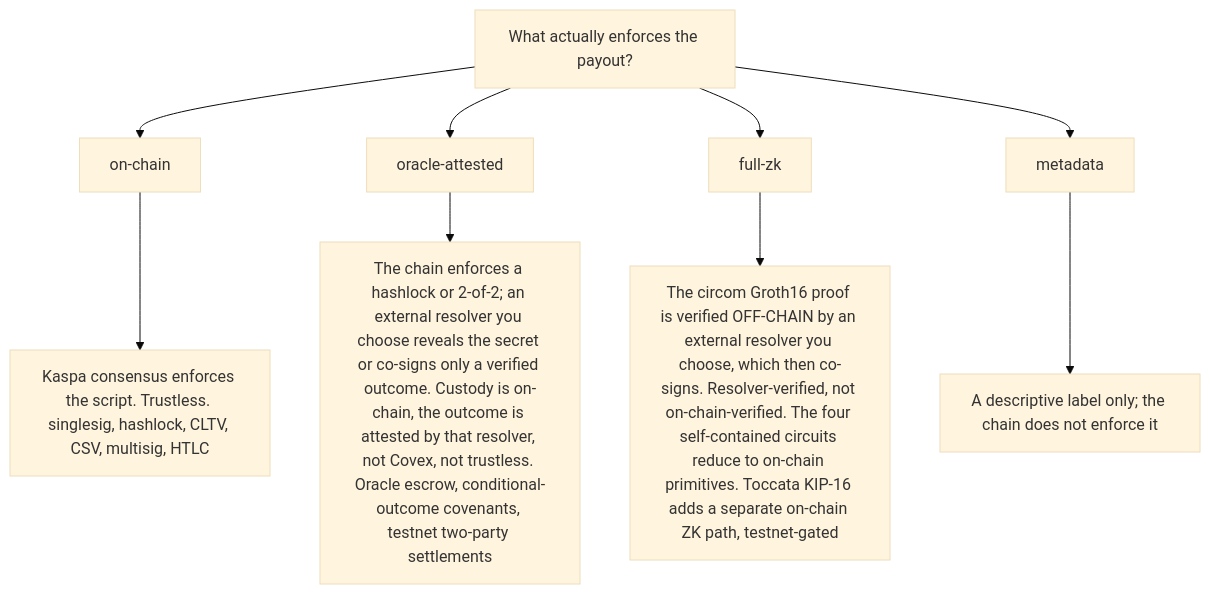
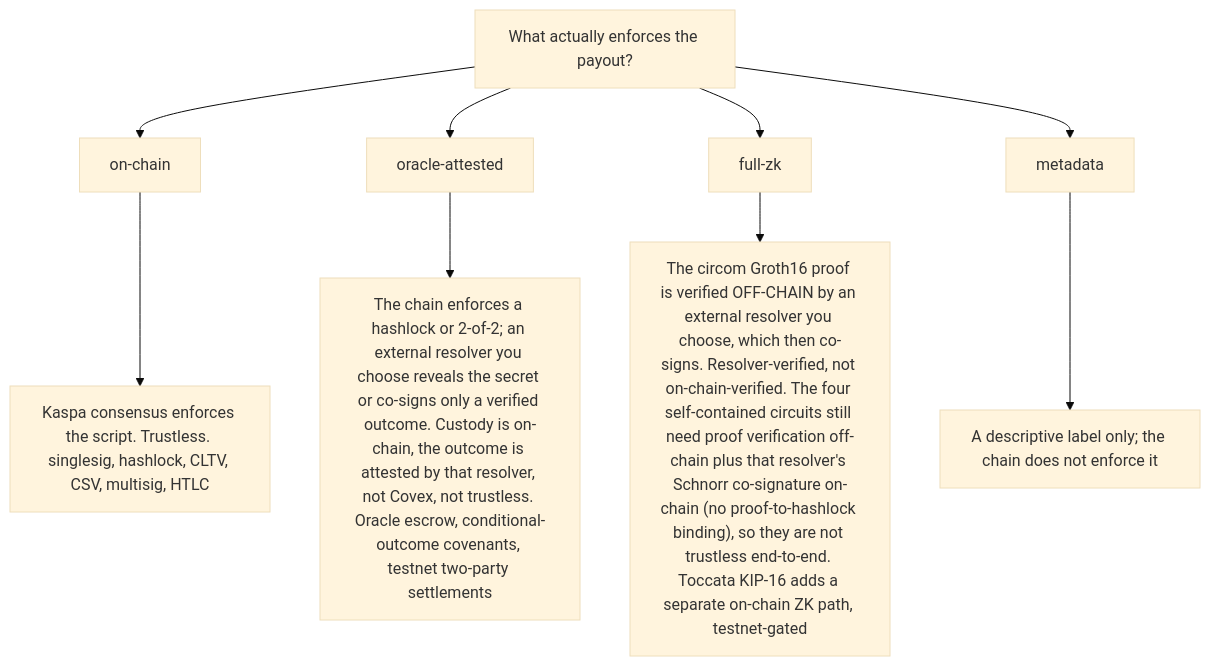
Before and after one commit to THTProtocol/Covex27: the third of 5 diagrams in README.md, drawn with Mermaid (base theme). The commit also changed other lines of this file, not shown here.

Commit message:
docs(readme): reconcile self-contained-circuit claim (GAP 8)
README:86 claimed the four self-contained circuits (merkle_membership, age_verification,
escrow_2party, range_proof) 'reduce to pure on-chain primitives', contradicting :104 (and
:130) which correctly state they still need off-chain proof verification plus an external
resolver's Schnorr co-signature on-chain and are not trustless end-to-end. Rewrote :86 (and
the matching :222 flowchart label) to the honest, consistent wording so the two lines agree:
they require proof verification off-chain plus a resolver Schnorr co-signature on-chain, with
no proof-to-hashlock binding.

````diff
--- a/README.md
+++ b/README.md
@@ -213,12 +213,12 @@
 ```mermaid
 flowchart TD
   Q["What actually enforces the payout?"]
   Q --> ON["on-chain"]
   Q --> OA["oracle-attested"]
   Q --> FZ["full-zk"]
   Q --> MD["metadata"]
   ON --> ONx["Kaspa consensus enforces the script. Trustless. singlesig, hashlock, CLTV, CSV, multisig, HTLC"]
   OA --> OAx["The chain enforces a hashlock or 2-of-2; an external resolver you choose reveals the secret or co-signs only a verified outcome. Custody is on-chain, the outcome is attested by that resolver, not Covex, not trustless. Oracle escrow, conditional-outcome covenants, testnet two-party settlements"]
-  FZ --> FZx["The circom Groth16 proof is verified OFF-CHAIN by an external resolver you choose, which then co-signs. Resolver-verified, not on-chain-verified. The four self-contained circuits reduce to on-chain primitives. Toccata KIP-16 adds a separate on-chain ZK path, testnet-gated"]
+  FZ --> FZx["The circom Groth16 proof is verified OFF-CHAIN by an external resolver you choose, which then co-signs. Resolver-verified, not on-chain-verified. The four self-contained circuits still need proof verification off-chain plus that resolver's Schnorr co-signature on-chain (no proof-to-hashlock binding), so they are not trustless end-to-end. Toccata KIP-16 adds a separate on-chain ZK path, testnet-gated"]
   MD --> MDx["A descriptive label only; the chain does not enforce it"]
 ```
````
